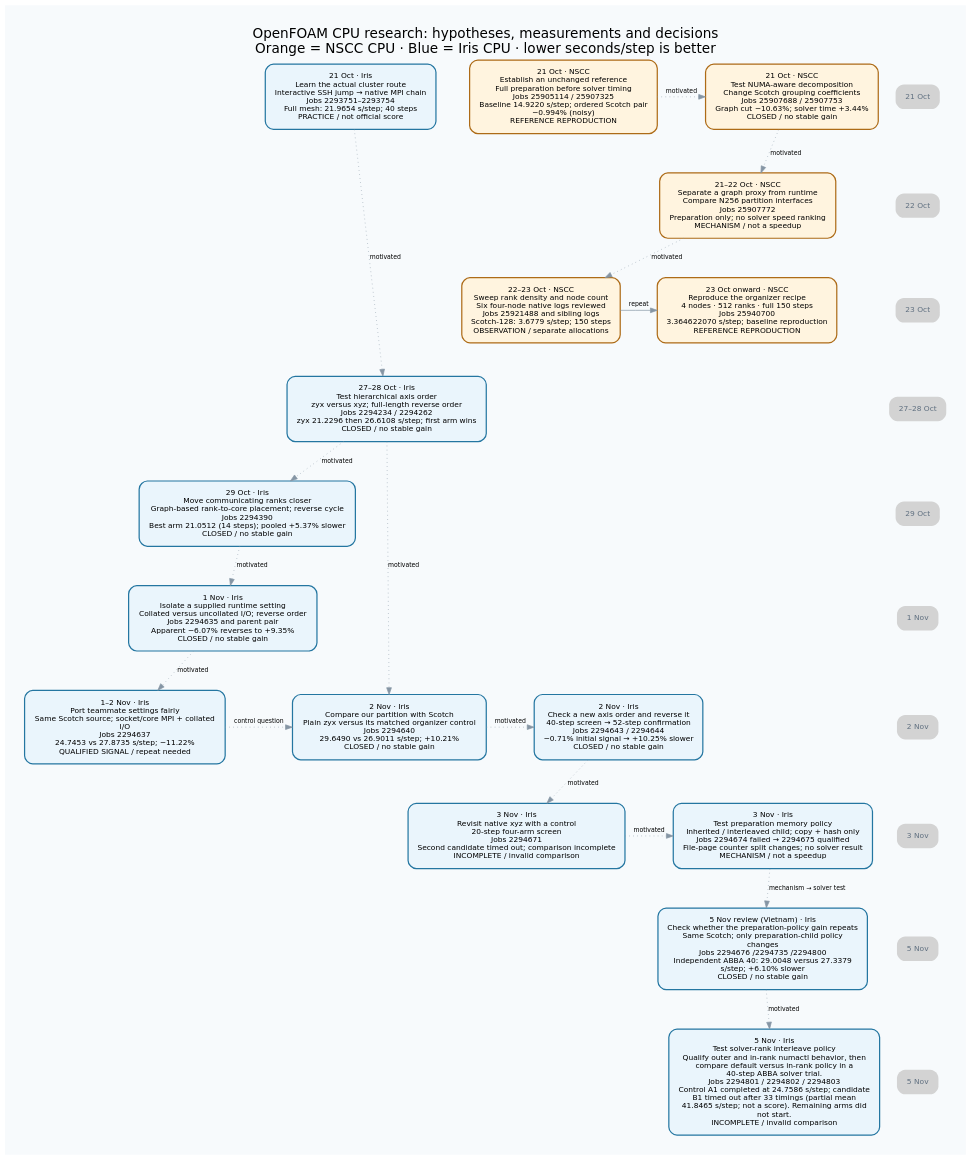
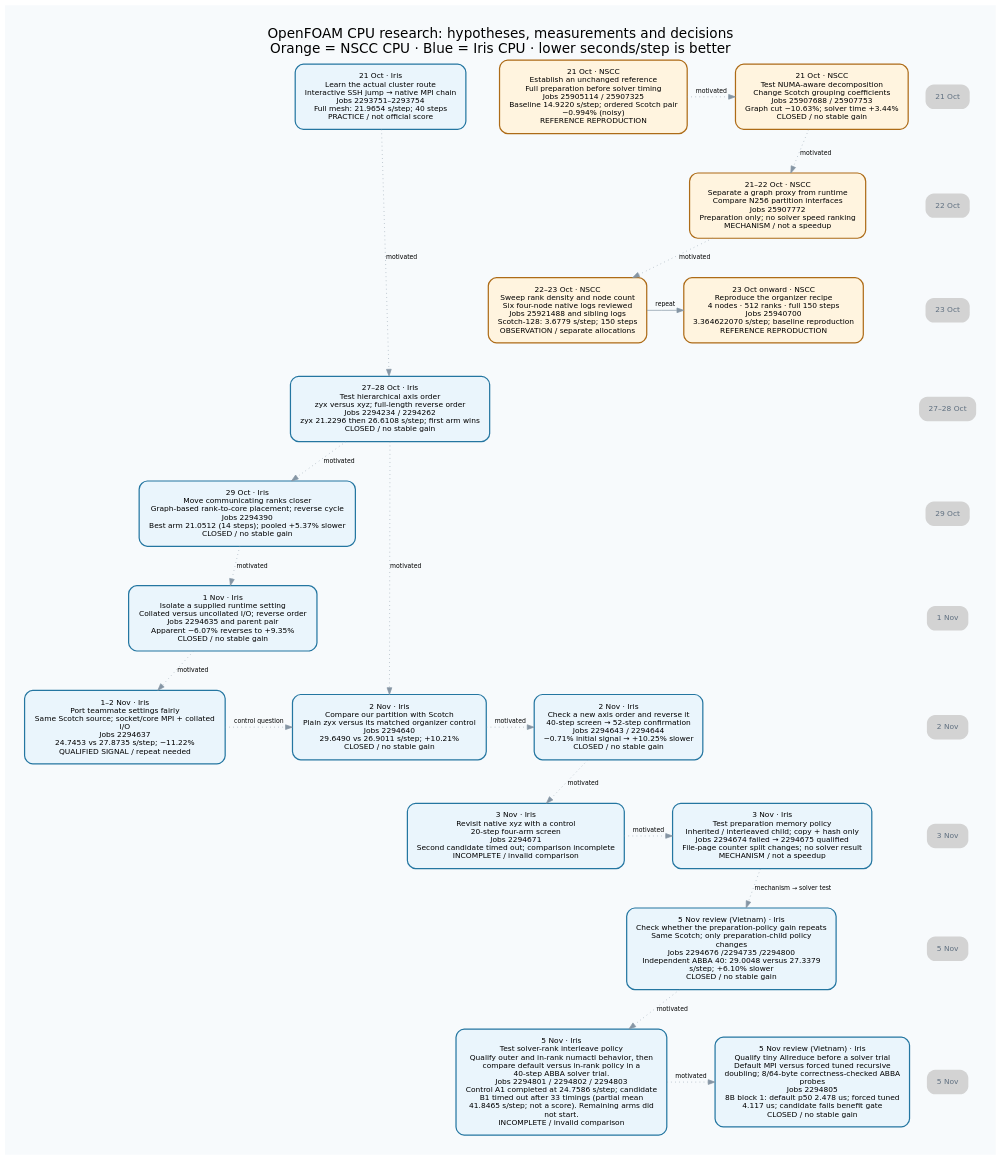
Before and after one commit to trungdangtapcode/apac-hpc-ai-2026: the diagram in workspace/reports/hpc-run-lineage-20261104/journey.dot, drawn with Graphviz. The commit also changed 30 other files, not shown here.

Commit message:
docs(hpc): retain failed solver and microbenchmark qualification as separate milestones

```diff
--- a/workspace/reports/hpc-run-lineage-20261104/journey.dot
+++ b/workspace/reports/hpc-run-lineage-20261104/journey.dot
@@ -1,71 +1,74 @@
 digraph hpc {
 graph [rankdir=TB,bgcolor="#f7fafc",pad="0.4",nodesep="0.35",ranksep="0.65",splines=polyline,fontname="DejaVu Sans",fontsize=20,label="OpenFOAM CPU research: hypotheses, measurements and decisions\nOrange = NSCC CPU · Blue = Iris CPU · lower seconds/step is better",labelloc=t];
 node [shape=box,style="rounded,filled",fontname="DejaVu Sans",fontsize=11,margin="0.20,0.16"];
 edge [color="#8595a4",fontname="DejaVu Sans",fontsize=9];
 "access" [label="21 Oct · Iris\nLearn the actual cluster route\nInteractive SSH jump → native MPI chain\nJobs 2293751–2293754\nFull mesh: 21.9654 s/step; 40 steps\nPRACTICE / not official score",color="#2476a1",fillcolor="#eaf5fc",penwidth=1.8,URL="../../../workspace/reports/hpc-research-journey-20261023/JOURNEY.md",tooltip="Full mesh: 21.9654 s/step; 40 steps | PRACTICE / not official score"];
 "baseline" [label="21 Oct · NSCC\nEstablish an unchanged reference\nFull preparation before solver timing\nJobs 25905114 / 25907325\nBaseline 14.9220 s/step; ordered Scotch pair\n−0.994% (noisy)\nREFERENCE REPRODUCTION",color="#ad6b17",fillcolor="#fff4df",penwidth=1.8,URL="../../../workspace/reports/hpc-research-journey-20261023/JOURNEY.md",tooltip="Baseline 14.9220 s/step; ordered Scotch pair −0.994% (noisy) | REFERENCE REPRODUCTION"];
 "numa" [label="21 Oct · NSCC\nTest NUMA-aware decomposition\nChange Scotch grouping coefficients\nJobs 25907688 / 25907753\nGraph cut −10.63%; solver time +3.44%\nCLOSED / no stable gain",color="#ad6b17",fillcolor="#fff4df",penwidth=1.8,URL="../../../workspace/reports/hpc-research-journey-20261023/JOURNEY.md",tooltip="Graph cut −10.63%; solver time +3.44% | CLOSED / no stable gain"];
 "graph" [label="21–22 Oct · NSCC\nSeparate a graph proxy from runtime\nCompare N256 partition interfaces\nJobs 25907772\nPreparation only; no solver speed ranking\nMECHANISM / not a speedup",color="#ad6b17",fillcolor="#fff4df",penwidth=1.8,URL="../../../workspace/reports/hpc-research-journey-20261023/JOURNEY.md",tooltip="Preparation only; no solver speed ranking | MECHANISM / not a speedup"];
 "density" [label="22–23 Oct · NSCC\nSweep rank density and node count\nSix four-node native logs reviewed\nJobs 25921488 and sibling logs\nScotch-128: 3.6779 s/step; 150 steps\nOBSERVATION / separate allocations",color="#ad6b17",fillcolor="#fff4df",penwidth=1.8,URL="../../../workspace/reports/hpc-research-journey-20261023/JOURNEY.md",tooltip="Scotch-128: 3.6779 s/step; 150 steps | OBSERVATION / separate allocations"];
 "confirm" [label="23 Oct onward · NSCC\nReproduce the organizer recipe\n4 nodes · 512 ranks · full 150 steps\nJobs 25940700\n3.364622070 s/step; baseline reproduction\nREFERENCE REPRODUCTION",color="#ad6b17",fillcolor="#fff4df",penwidth=1.8,URL="../../../workspace/notes/HPC_CURRENT.md",tooltip="3.364622070 s/step; baseline reproduction | REFERENCE REPRODUCTION"];
 "order" [label="27–28 Oct · Iris\nTest hierarchical axis order\nzyx versus xyz; full-length reverse order\nJobs 2294234 / 2294262\nzyx 21.2296 then 26.6108 s/step; first arm wins\nCLOSED / no stable gain",color="#2476a1",fillcolor="#eaf5fc",penwidth=1.8,URL="../../../workspace/reports/hpc-own-research-status-20261102/README.md",tooltip="zyx 21.2296 then 26.6108 s/step; first arm wins | CLOSED / no stable gain"];
 "place" [label="29 Oct · Iris\nMove communicating ranks closer\nGraph-based rank-to-core placement; reverse cycle\nJobs 2294390\nBest arm 21.0512 (14 steps); pooled +5.37% slower\nCLOSED / no stable gain",color="#2476a1",fillcolor="#eaf5fc",penwidth=1.8,URL="../../../2026-APAC-HPC-AI/hpc-experiments/iris-graphmap-reverse-20261029/completed-2294390/RESULTS.md",tooltip="Best arm 21.0512 (14 steps); pooled +5.37% slower | CLOSED / no stable gain"];
 "io" [label="1 Nov · Iris\nIsolate a supplied runtime setting\nCollated versus uncollated I/O; reverse order\nJobs 2294635 and parent pair\nApparent −6.07% reverses to +9.35%\nCLOSED / no stable gain",color="#2476a1",fillcolor="#eaf5fc",penwidth=1.8,URL="../../../workspace/reports/hpc-own-research-status-20261102/README.md",tooltip="Apparent −6.07% reverses to +9.35% | CLOSED / no stable gain"];
 "team" [label="1–2 Nov · Iris\nPort teammate settings fairly\nSame Scotch source; socket/core MPI + collated\nI/O\nJobs 2294637\n24.7453 vs 27.8735 s/step; −11.22%\nQUALIFIED SIGNAL / repeat needed",color="#2476a1",fillcolor="#eaf5fc",penwidth=1.8,URL="../../../workspace/reports/hpc-iris-comparison-20261103/README.md",tooltip="24.7453 vs 27.8735 s/step; −11.22% | QUALIFIED SIGNAL / repeat needed"];
 "zyx" [label="2 Nov · Iris\nCompare our partition with Scotch\nPlain zyx versus its matched organizer control\nJobs 2294640\n29.6490 vs 26.9011 s/step; +10.21%\nCLOSED / no stable gain",color="#2476a1",fillcolor="#eaf5fc",penwidth=1.8,URL="../../../workspace/reports/hpc-iris-comparison-20261103/README.md",tooltip="29.6490 vs 26.9011 s/step; +10.21% | CLOSED / no stable gain"];
 "xzy" [label="2 Nov · Iris\nCheck a new axis order and reverse it\n40-step screen → 52-step confirmation\nJobs 2294643 / 2294644\n−0.71% initial signal → +10.25% slower\nCLOSED / no stable gain",color="#2476a1",fillcolor="#eaf5fc",penwidth=1.8,URL="../../../workspace/reports/hpc-iris-comparison-20261103/README.md",tooltip="−0.71% initial signal → +10.25% slower | CLOSED / no stable gain"];
 "xyz" [label="3 Nov · Iris\nRevisit native xyz with a control\n20-step four-arm screen\nJobs 2294671\nSecond candidate timed out; comparison incomplete\nINCOMPLETE / invalid comparison",color="#2476a1",fillcolor="#eaf5fc",penwidth=1.8,URL="../../../workspace/reports/hpc-iris-comparison-20261103/README.md",tooltip="Second candidate timed out; comparison incomplete | INCOMPLETE / invalid comparison"];
 "prep" [label="3 Nov · Iris\nTest preparation memory policy\nInherited / interleaved child; copy + hash only\nJobs 2294674 failed → 2294675 qualified\nFile-page counter split changes; no solver result\nMECHANISM / not a speedup",color="#2476a1",fillcolor="#eaf5fc",penwidth=1.8,URL="../../../workspace/reports/hpc-iris-comparison-20261103/README.md",tooltip="File-page counter split changes; no solver result | MECHANISM / not a speedup"];
 "native" [label="5 Nov review (Vietnam) · Iris\nCheck whether the preparation-policy gain repeats\nSame Scotch; only preparation-child policy\nchanges\nJobs 2294676 /2294735 /2294800\nIndependent ABBA 40: 29.0048 versus 27.3379\ns/step; +6.10% slower\nCLOSED / no stable gain",color="#2476a1",fillcolor="#eaf5fc",penwidth=1.8,URL="../../../2026-APAC-HPC-AI/hpc-experiments/iris-preparation-repeat40-20261104/completed-2294800/RESULTS.md",tooltip="Independent ABBA 40: 29.0048 versus 27.3379 s/step; +6.10% slower | CLOSED / no stable gain"];
 "rank_policy" [label="5 Nov · Iris\nTest solver-rank interleave policy\nQualify outer and in-rank numactl behavior, then\ncompare default versus in-rank policy in a\n40-step ABBA solver trial.\nJobs 2294801 / 2294802 / 2294803\nControl A1 completed at 24.7586 s/step; candidate\nB1 timed out after 33 timings (partial mean\n41.8465 s/step; not a score). Remaining arms did\nnot start.\nINCOMPLETE / invalid comparison",color="#2476a1",fillcolor="#eaf5fc",penwidth=1.8,URL="../../../2026-APAC-HPC-AI/hpc-experiments/iris-solver-rank-interleave40-20261105/completed-2294803/REVIEW.json",tooltip="Control A1 completed at 24.7586 s/step; candidate B1 timed out after 33 timings (partial mean 41.8465 s/step; not a score). Remaining arms did not start. | INCOMPLETE / invalid comparison"];
+"allreduce" [label="5 Nov review (Vietnam) · Iris\nQualify tiny Allreduce before a solver trial\nDefault MPI versus forced tuned recursive\ndoubling; 8/64-byte correctness-checked ABBA\nprobes\nJobs 2294805\n8B block 1: default p50 2.478 us; forced tuned\n4.117 us; candidate fails benefit gate\nCLOSED / no stable gain",color="#2476a1",fillcolor="#eaf5fc",penwidth=1.8,URL="../../../2026-APAC-HPC-AI/hpc-experiments/iris-allreduce-qualify-20261105/completed-2294805/RESULTS.md",tooltip="8B block 1: default p50 2.478 us; forced tuned 4.117 us; candidate fails benefit gate | CLOSED / no stable gain"];
 "access" -> "order" [constraint=false,style=dotted,label="motivated"];
 "baseline" -> "numa" [constraint=false,style=dotted,label="motivated"];
 "numa" -> "graph" [constraint=false,style=dotted,label="motivated"];
 "graph" -> "density" [constraint=false,style=dotted,label="motivated"];
 "density" -> "confirm" [constraint=false,style=solid,label="repeat"];
 "order" -> "place" [constraint=false,style=dotted,label="motivated"];
 "place" -> "io" [constraint=false,style=dotted,label="motivated"];
 "io" -> "team" [constraint=false,style=dotted,label="motivated"];
 "order" -> "zyx" [constraint=false,style=dotted,label="motivated"];
 "team" -> "zyx" [constraint=false,style=dotted,label="control question"];
 "zyx" -> "xzy" [constraint=false,style=dotted,label="motivated"];
 "xzy" -> "xyz" [constraint=false,style=dotted,label="motivated"];
 "xyz" -> "prep" [constraint=false,style=dotted,label="motivated"];
 "prep" -> "native" [constraint=false,style=dotted,label="mechanism → solver test"];
 "native" -> "rank_policy" [constraint=false,style=dotted,label="motivated"];
+"rank_policy" -> "allreduce" [constraint=false,style=dotted,label="motivated"];
 date0 [shape=plaintext,label="21 Oct",fontcolor="#607080"];
 {rank=same;date0;"access";"baseline";"numa";}
 "access" -> "baseline" [style=invis,weight=10];
 "baseline" -> "numa" [style=invis,weight=10];
 date1 [shape=plaintext,label="22 Oct",fontcolor="#607080"];
 {rank=same;date1;"graph";}
 date0 -> date1 [style=invis,weight=100];
 date2 [shape=plaintext,label="23 Oct",fontcolor="#607080"];
 {rank=same;date2;"density";"confirm";}
 "density" -> "confirm" [style=invis,weight=10];
 date1 -> date2 [style=invis,weight=100];
 date3 [shape=plaintext,label="27–28 Oct",fontcolor="#607080"];
 {rank=same;date3;"order";}
 date2 -> date3 [style=invis,weight=100];
 date4 [shape=plaintext,label="29 Oct",fontcolor="#607080"];
 {rank=same;date4;"place";}
 date3 -> date4 [style=invis,weight=100];
 date5 [shape=plaintext,label="1 Nov",fontcolor="#607080"];
 {rank=same;date5;"io";}
 date4 -> date5 [style=invis,weight=100];
 date6 [shape=plaintext,label="2 Nov",fontcolor="#607080"];
 {rank=same;date6;"team";"zyx";"xzy";}
 "team" -> "zyx" [style=invis,weight=10];
 "zyx" -> "xzy" [style=invis,weight=10];
 date5 -> date6 [style=invis,weight=100];
 date7 [shape=plaintext,label="3 Nov",fontcolor="#607080"];
 {rank=same;date7;"xyz";"prep";}
 "xyz" -> "prep" [style=invis,weight=10];
 date6 -> date7 [style=invis,weight=100];
 date8 [shape=plaintext,label="5 Nov",fontcolor="#607080"];
 {rank=same;date8;"native";}
 date7 -> date8 [style=invis,weight=100];
 date9 [shape=plaintext,label="5 Nov",fontcolor="#607080"];
-{rank=same;date9;"rank_policy";}
+{rank=same;date9;"rank_policy";"allreduce";}
+"rank_policy" -> "allreduce" [style=invis,weight=10];
 date8 -> date9 [style=invis,weight=100];
 }
```
